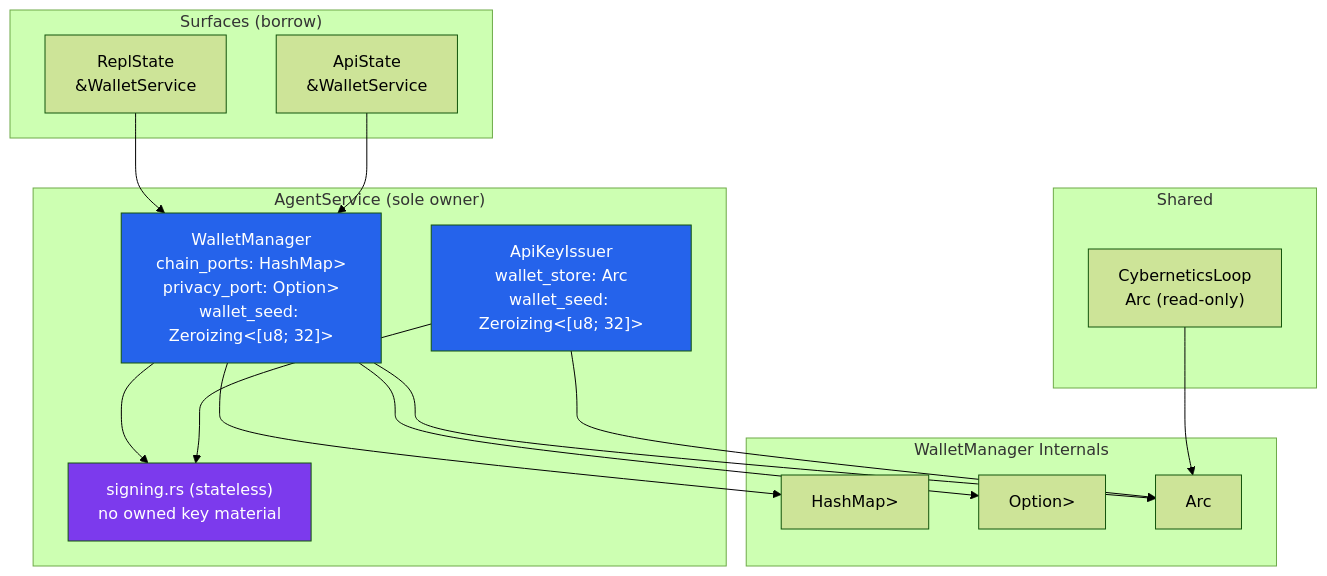
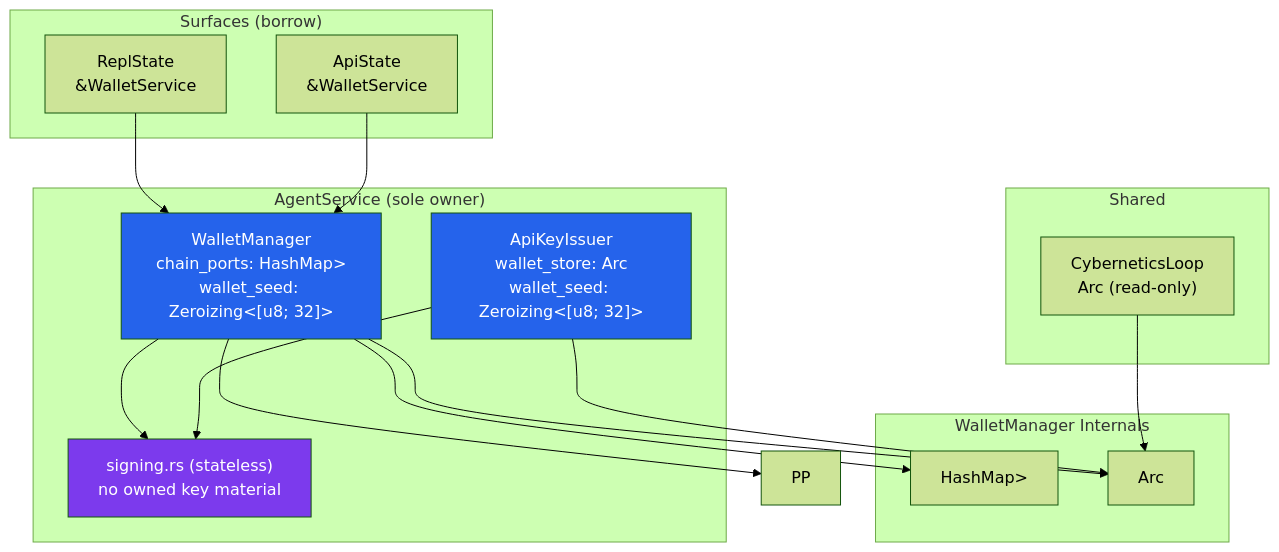
Before and after one commit to mdz-axo/hKask: the fourth of 4 diagrams in docs/specifications/wallet-specification.md, drawn with Mermaid (forest theme). The commit also changed other lines of this file and 17 other files, not shown here.

First line of the commit message:
Update keychain keys and wallet deposit flow

````diff
--- a/docs/specifications/wallet-specification.md
+++ b/docs/specifications/wallet-specification.md
@@ -421,37 +337,36 @@
 ```mermaid
 graph TD
     subgraph "AgentService (sole owner)"
-        WM["WalletManager<br/>chain_ports: HashMap<ChainId, Box<dyn ChainPort>><br/>privacy_port: Option<Box<dyn PrivacyPort>><br/>wallet_seed: Zeroizing<[u8; 32]>"]
-        ISS["ApiKeyIssuer<br/>wallet_store: Arc<WalletStore><br/>wallet_seed: Zeroizing<[u8; 32]>"]
-        SIGN["signing.rs (stateless)<br/>no owned key material"]
-    end
+        WM["WalletManager<br/>chain_ports: HashMap<ChainId, Box<dyn ChainPort>><br/>wallet_seed: Zeroizing<[u8; 32]>"]
+                ISS["ApiKeyIssuer<br/>wallet_store: Arc<WalletStore><br/>wallet_seed: Zeroizing<[u8; 32]>"]
+                SIGN["signing.rs (stateless)<br/>no owned key material"]
+            end
 
-    subgraph "WalletManager Internals"
-        CP["HashMap<ChainId, Box<dyn ChainPort>>"]
-        PP["Option<Box<dyn PrivacyPort>>"]
-        WS["Arc<WalletStore>"]
+            subgraph "WalletManager Internals"
+                CP["HashMap<ChainId, Box<dyn ChainPort>>"]
+                WS["Arc<WalletStore>"]
     end
 
     subgraph "Shared"
         CNS["CyberneticsLoop<br/>Arc<WalletStore> (read-only)"]
     end
 
     subgraph "Surfaces (borrow)"
         CLI["ReplState<br/>&WalletService"]
         API["ApiState<br/>&WalletService"]
     end
 
     WM --> CP
     WM --> PP
     WM --> WS
     ISS --> WS
     CNS --> WS
     CLI --> WM
     API --> WM
     WM --> SIGN
     ISS --> SIGN
 
     style SIGN fill:#7c3aed,color:#fff
     style WM fill:#2563eb,color:#fff
     style ISS fill:#2563eb,color:#fff
 ```
````
